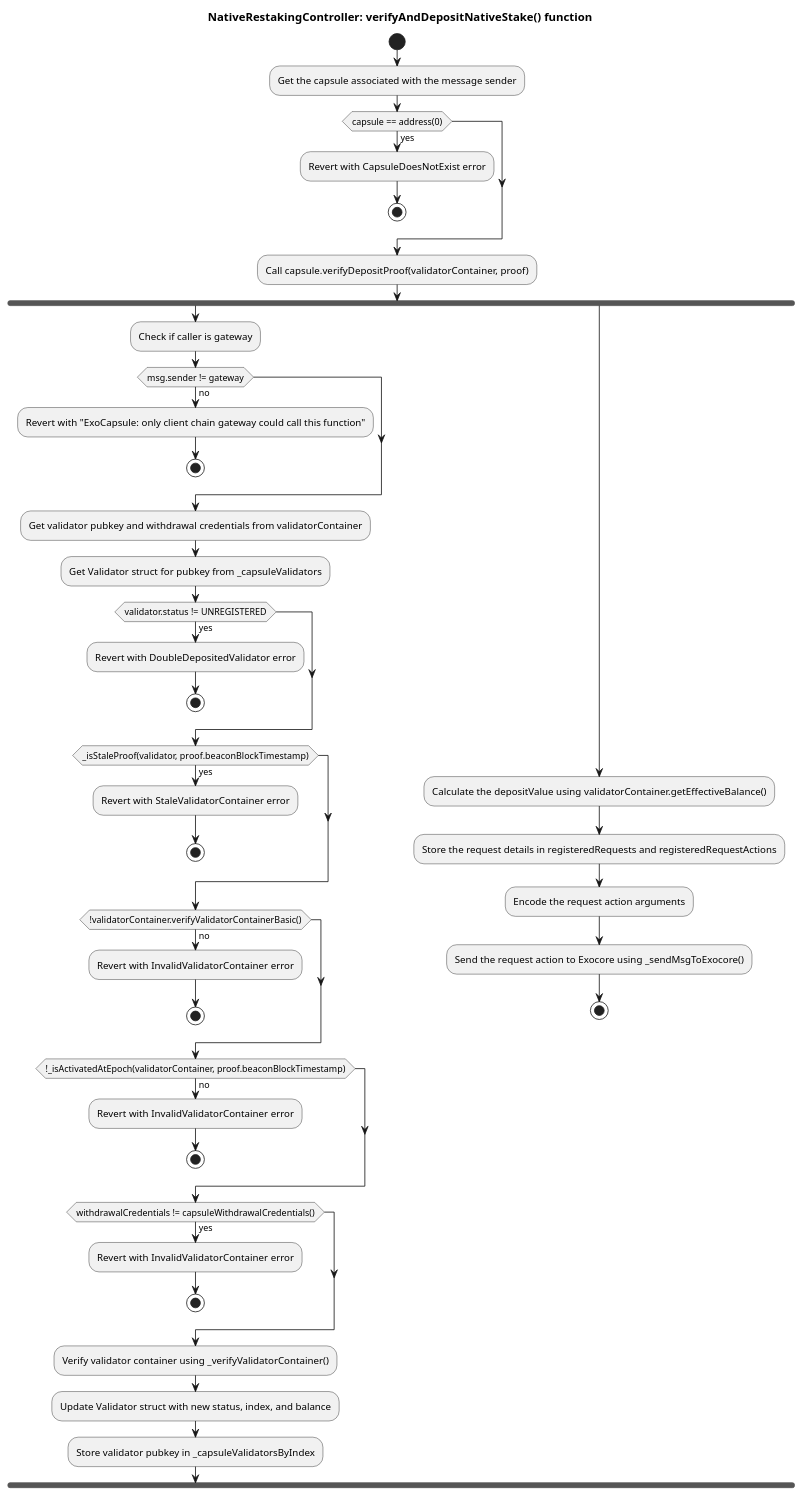
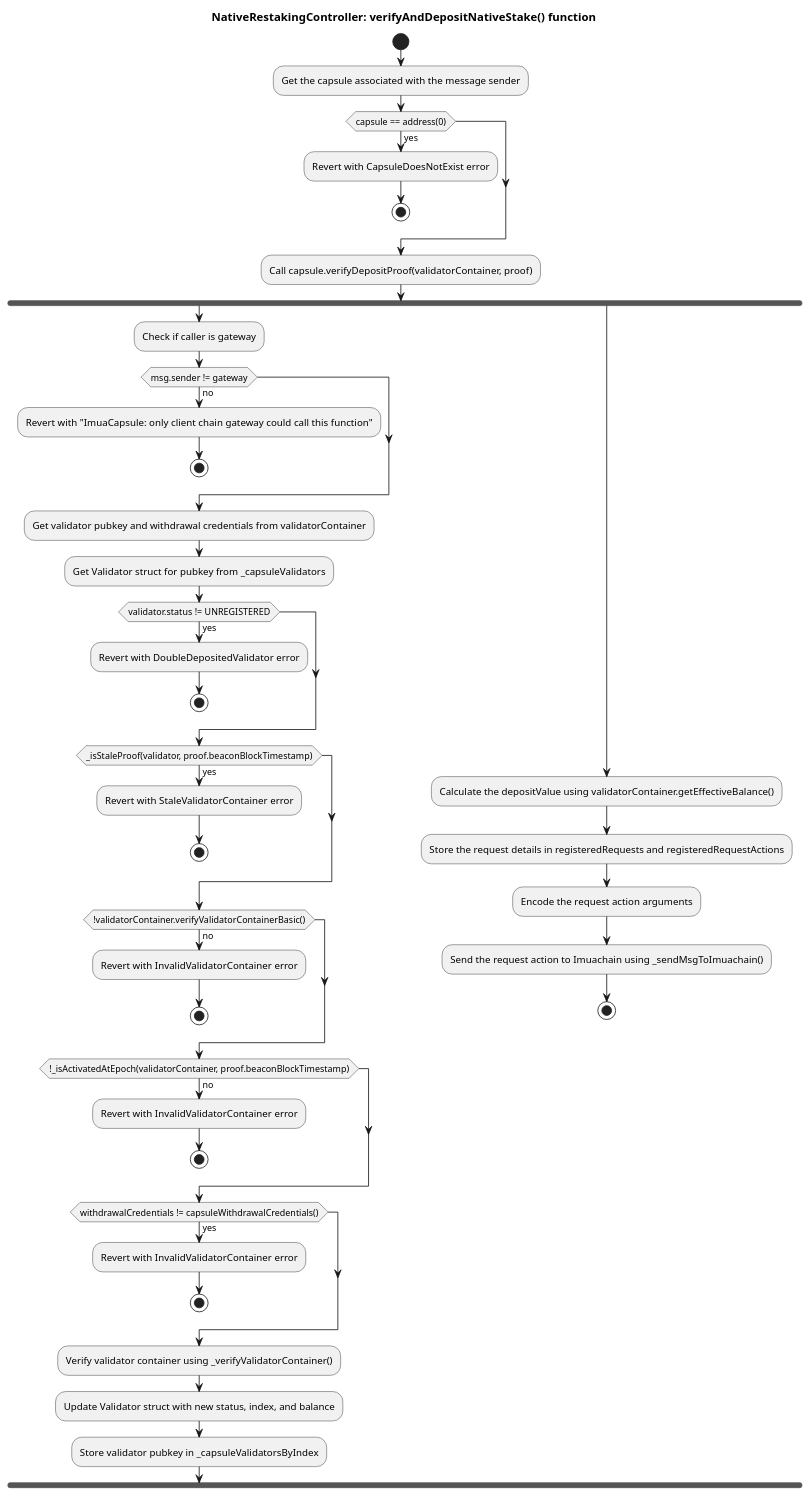
The second of 2 diagrams in docs/native_deposit_workflow.wsd (ExocoreNetwork/exocore-contracts), drawn with PlantUML before and after one commit. The commit also changed other lines of this file and 115 other files, not shown here.

Commit message:
refactor: rebrand exo -> imua

```diff
--- a/docs/native_deposit_workflow.wsd
+++ b/docs/native_deposit_workflow.wsd
@@ -54,61 +54,61 @@
 @startuml
 title NativeRestakingController: verifyAndDepositNativeStake() function
 
 start
 
 :Get the capsule associated with the message sender;
 if (capsule == address(0)) then (yes)
     :Revert with CapsuleDoesNotExist error;
     stop
 endif
 
 :Call capsule.verifyDepositProof(validatorContainer, proof);
 fork
     :Check if caller is gateway;
     if (msg.sender != gateway) then (no)
-        :Revert with "ExoCapsule: only client chain gateway could call this function";
+        :Revert with "ImuaCapsule: only client chain gateway could call this function";
         stop
     endif
 
     :Get validator pubkey and withdrawal credentials from validatorContainer;
     :Get Validator struct for pubkey from _capsuleValidators;
 
     if (validator.status != UNREGISTERED) then (yes)
         :Revert with DoubleDepositedValidator error;
         stop
     endif
 
     if (_isStaleProof(validator, proof.beaconBlockTimestamp)) then (yes)
         :Revert with StaleValidatorContainer error;
         stop
     endif
 
     if (!validatorContainer.verifyValidatorContainerBasic()) then (no)
         :Revert with InvalidValidatorContainer error;
         stop
     endif
 
     if (!_isActivatedAtEpoch(validatorContainer, proof.beaconBlockTimestamp)) then (no)
         :Revert with InvalidValidatorContainer error;
         stop
     endif
 
     if (withdrawalCredentials != capsuleWithdrawalCredentials()) then (yes)
         :Revert with InvalidValidatorContainer error;
         stop
     endif
 
     :Verify validator container using _verifyValidatorContainer();
     :Update Validator struct with new status, index, and balance;
     :Store validator pubkey in _capsuleValidatorsByIndex;
 fork again
 
 :Calculate the depositValue using validatorContainer.getEffectiveBalance();
 :Store the request details in registeredRequests and registeredRequestActions;
 
 :Encode the request action arguments;
-:Send the request action to Exocore using _sendMsgToExocore();
+:Send the request action to Imuachain using _sendMsgToImuachain();
 
 stop
 
 @enduml
```
